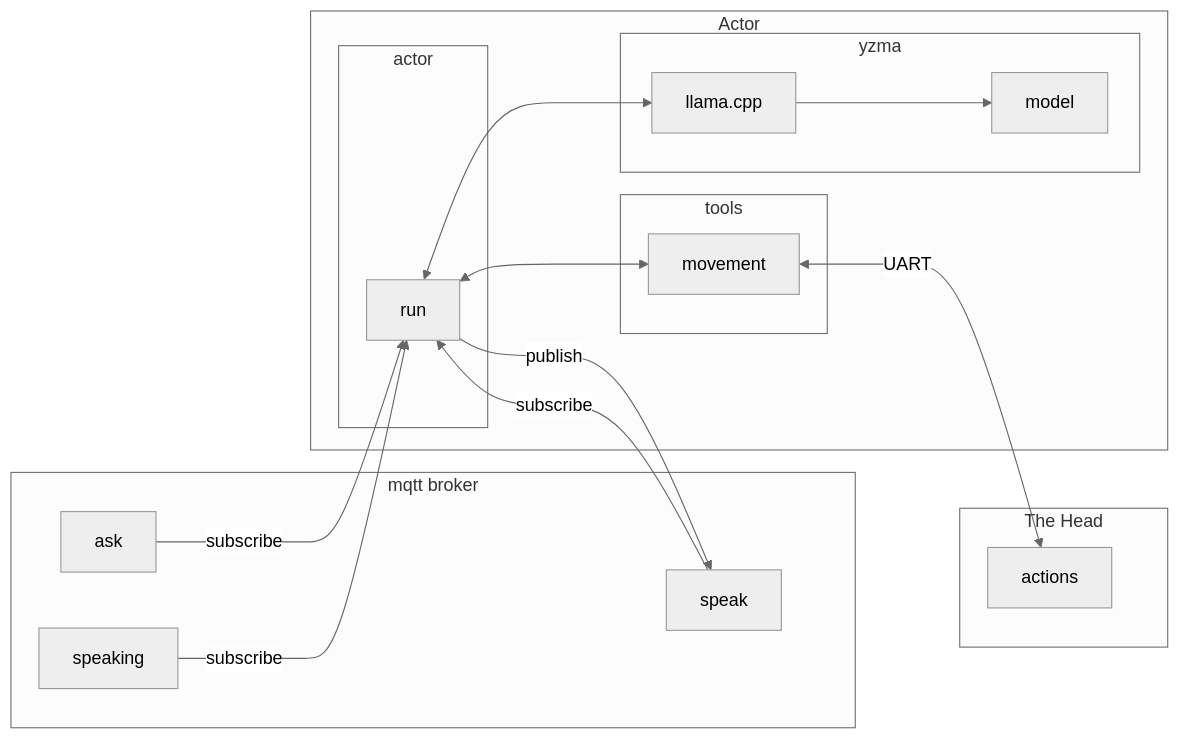
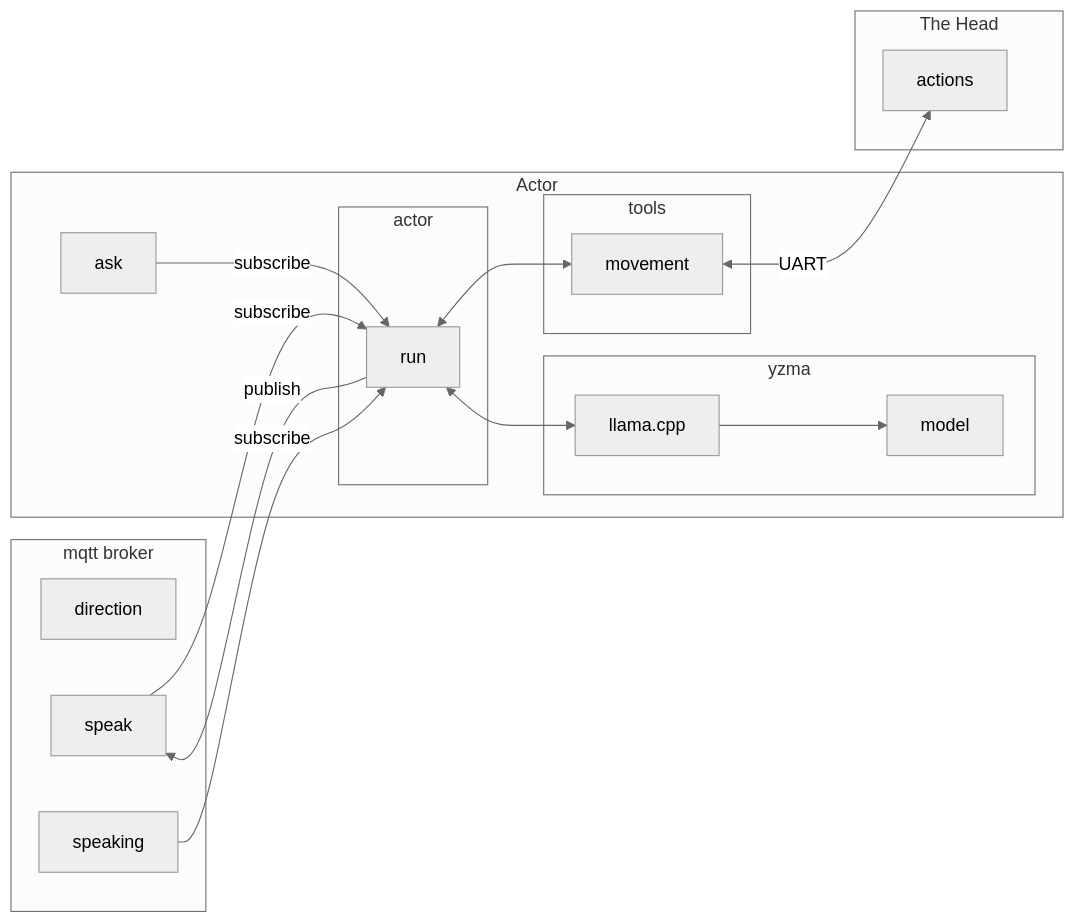
Before and after one commit to deadprogram/talkingheads: the second of 6 diagrams in README.md, drawn with Mermaid (neutral theme). The commit also changed other lines of this file and 9 other files, not shown here.

````diff
--- a/README.md
+++ b/README.md
@@ -42,27 +42,27 @@
 ```mermaid
 flowchart LR
 subgraph mqtt broker
-    ask
+    direction
     speak
     speaking
 end
 subgraph Actor
     subgraph actor
         run
     end
     subgraph tools
         run<-->movement
     end
     subgraph yzma
         run<-->llama.cpp
         llama.cpp-->model
     end
     ask-- subscribe -->run
     run-- publish -->speak
     speak-- subscribe -->run
     speaking-- subscribe -->run
 end
 subgraph The Head
     movement<-- UART -->actions
 end
 ```
````
